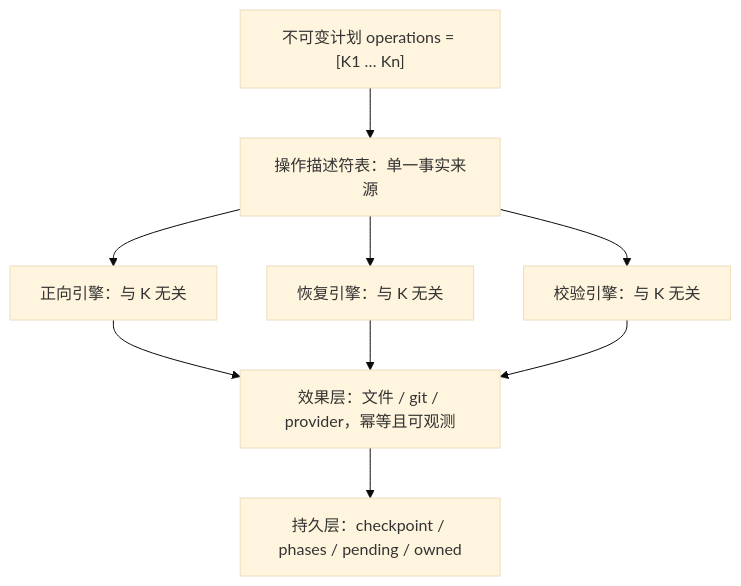
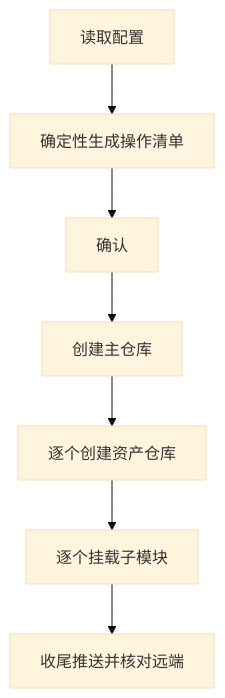
The diagram in docs/dev-guide/index.md (quanttide/quanttide-github-lab), drawn with Mermaid (base theme) before and after one commit. The commit also changed other lines of this file and 1 other file, not shown here.

````diff
--- a/docs/dev-guide/index.md
+++ b/docs/dev-guide/index.md
@@ -111,11 +81,9 @@
 ```mermaid
 flowchart TD
-    P["不可变计划 operations = [K1 … Kn]"] --> T["操作描述符表：单一事实来源"]
-    T --> F["正向引擎：与 K 无关"]
-    T --> R["恢复引擎：与 K 无关"]
-    T --> V["校验引擎：与 K 无关"]
-    F --> G["效果层：文件 / git / provider，幂等且可观测"]
-    R --> G
-    V --> G
-    G --> S["持久层：checkpoint / phases / pending / owned"]
+    C["读取配置"] --> G["确定性生成操作清单"]
+    G --> A["确认"]
+    A --> D["创建主仓库"]
+    D --> E["逐个创建资产仓库"]
+    E --> F["逐个挂载子模块"]
+    F --> P["收尾推送并核对远端"]
 ```
````
